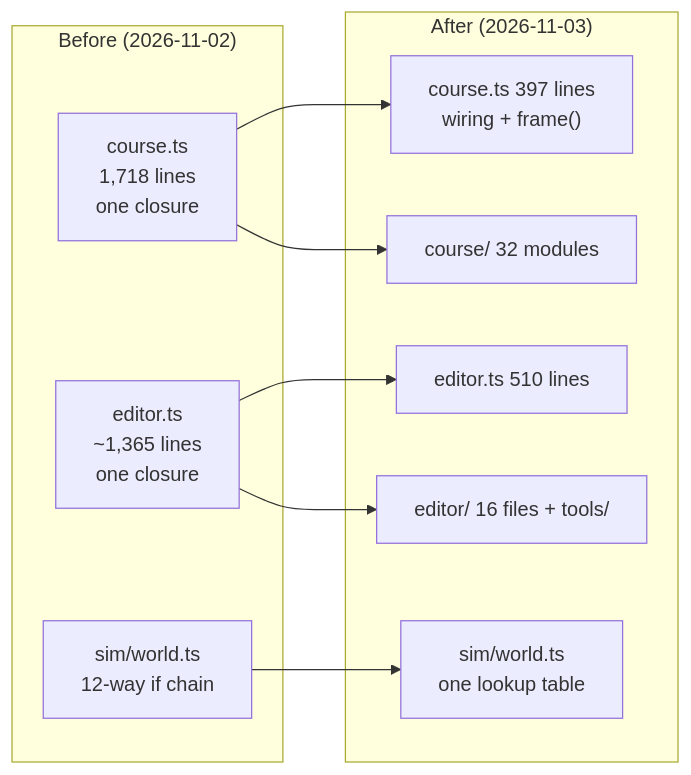
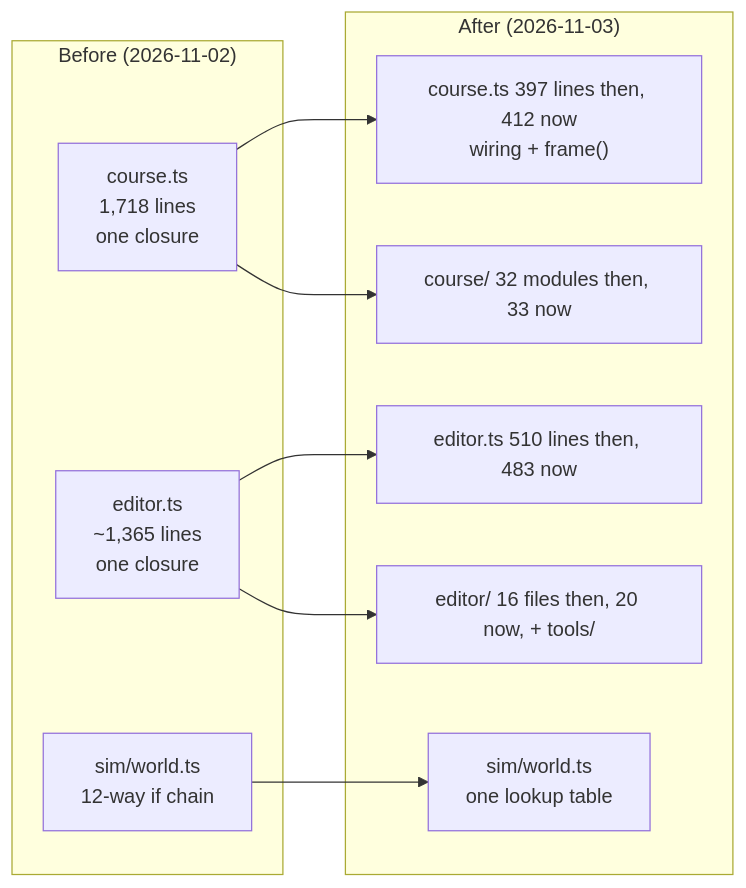
Before and after one commit to gitgithan/conquercourse: the first of 6 diagrams in docs/refactoring-story.md, drawn with Mermaid. The commit also changed other lines of this file and 7 other files, not shown here.

Commit message:
Diagrams B: architecture without live Commons, editor flow with Ask AI / Make it easier, Q/T arm 0.8 m, bars now in the search, stale Find a repair texts - Part of CC-133

````diff
--- a/docs/refactoring-story.md
+++ b/docs/refactoring-story.md
@@ -29,20 +29,20 @@
 ```mermaid
 flowchart LR
   subgraph before["Before (2026-11-02)"]
     C1["course.ts<br/>1,718 lines<br/>one closure"]
     E1["editor.ts<br/>~1,365 lines<br/>one closure"]
     W1["sim/world.ts<br/>12-way if chain"]
   end
   subgraph after["After (2026-11-03)"]
-    C2["course.ts 397 lines<br/>wiring + frame()"]
-    C3["course/ 32 modules"]
-    E2["editor.ts 510 lines"]
-    E3["editor/ 16 files + tools/"]
+    C2["course.ts 397 lines then, 412 now<br/>wiring + frame()"]
+    C3["course/ 32 modules then, 33 now"]
+    E2["editor.ts 510 lines then, 483 now"]
+    E3["editor/ 16 files then, 20 now, + tools/"]
     W2["sim/world.ts<br/>one lookup table"]
   end
   C1 --> C2
   C1 --> C3
   E1 --> E2
   E1 --> E3
   W1 --> W2
 ```
````
